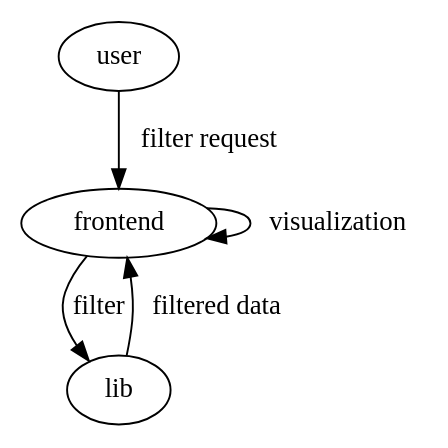
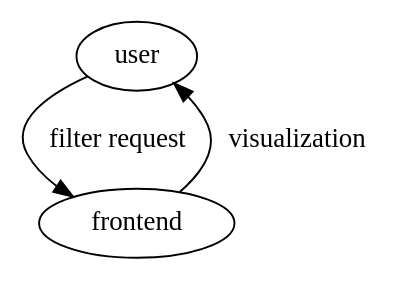
Before and after one commit to Sh4pe/pynance: the diagram in docs/graphs/usecase_filter-refinement.dot, drawn with Graphviz. The commit also changed 5 other files, not shown here.

Commit message:
updated diagrams to results of recent discussions. closes #4

```diff
--- a/docs/graphs/usecase_filter-refinement.dot
+++ b/docs/graphs/usecase_filter-refinement.dot
@@ -1,6 +1,4 @@
 digraph {
     user -> frontend [label="filter request"]
-    frontend -> lib [label="filter"]
-    lib -> frontend [label="filtered data"]
-    frontend -> frontend [label=visualization]
+    frontend -> user[label="visualization"]
 }
```
